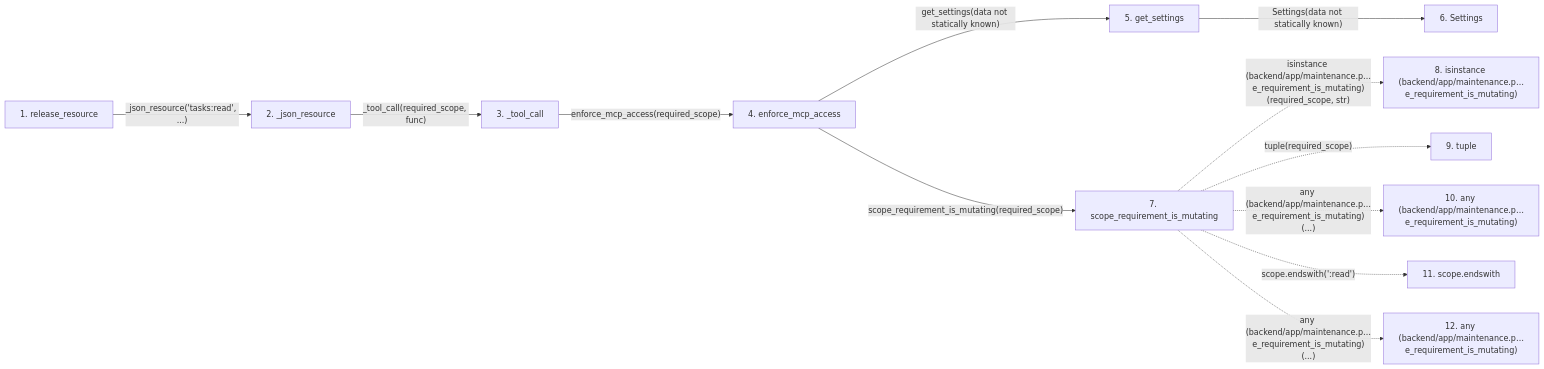
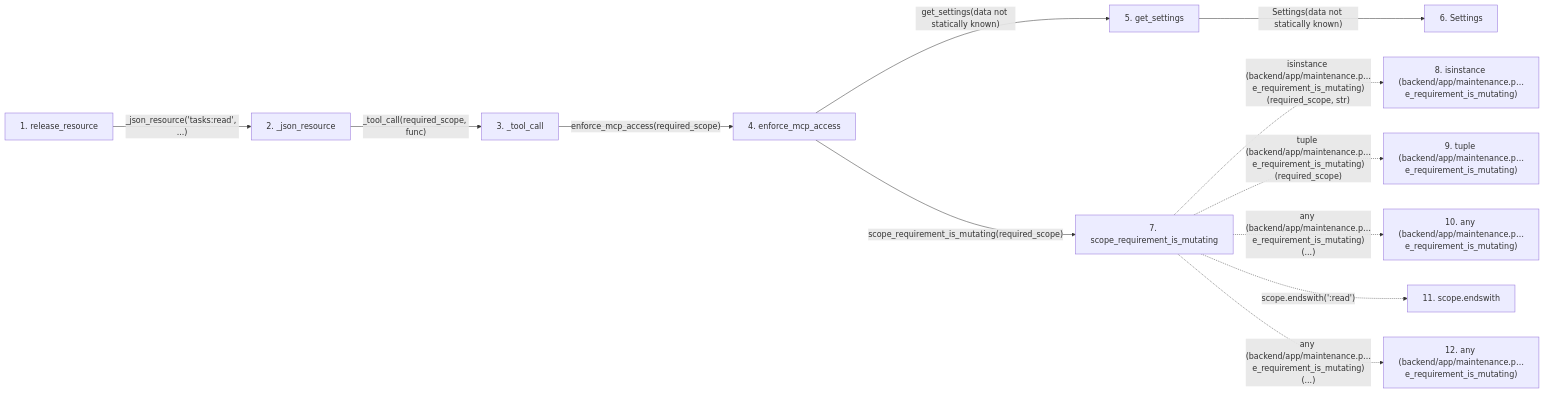
One commit to Denissvgn/WorkChord changed the second of 2 diagrams in docs/llm_wiki/flows/mcp-release_resource.md. Above: the diagram before and after it, drawn with Mermaid. The commit also changed other lines of this file and 25171 other files, not shown here.

````diff
--- a/docs/llm_wiki/flows/mcp-release_resource.md
+++ b/docs/llm_wiki/flows/mcp-release_resource.md
@@ -91,33 +150,33 @@
 ```mermaid
 flowchart LR
     s1["1. release_resource"]
     s2["2. _json_resource"]
     s3["3. _tool_call"]
     s4["4. enforce_mcp_access"]
     s5["5. get_settings"]
     s6["6. Settings"]
     s7["7. scope_requirement_is_mutating"]
     s8["8. isinstance (backend/app/maintenance.p…e_requirement_is_mutating)"]
-    s9["9. tuple"]
+    s9["9. tuple (backend/app/maintenance.p…e_requirement_is_mutating)"]
     s10["10. any (backend/app/maintenance.p…e_requirement_is_mutating)"]
     s11["11. scope.endswith"]
     s12["12. any (backend/app/maintenance.p…e_requirement_is_mutating)"]
     s1 -->|"_json_resource('tasks:read', ...)"| s2
     s2 -->|"_tool_call(required_scope, func)"| s3
     s3 -->|"enforce_mcp_access(required_scope)"| s4
     s4 -->|"get_settings(data not statically known)"| s5
     s5 -->|"Settings(data not statically known)"| s6
     s4 -->|"scope_requirement_is_mutating(required_scope)"| s7
     s7 -. "isinstance (backend/app/maintenance.p…e_requirement_is_mutating)(required_scope, str)" .-> s8
-    s7 -. "tuple(required_scope)" .-> s9
+    s7 -. "tuple (backend/app/maintenance.p…e_requirement_is_mutating)(required_scope)" .-> s9
     s7 -. "any (backend/app/maintenance.p…e_requirement_is_mutating)(...)" .-> s10
     s7 -. "scope.endswith(':read')" .-> s11
     s7 -. "any (backend/app/maintenance.p…e_requirement_is_mutating)(...)" .-> s12
     click s1 "../modules/mcp_server.md"
     click s2 "../modules/mcp_server.md"
     click s3 "../modules/mcp_server.md"
     click s4 "../modules/maintenance.md"
     click s5 "../modules/config.md"
     click s6 "../modules/config.md"
     click s7 "../modules/maintenance.md"
 ```
````
